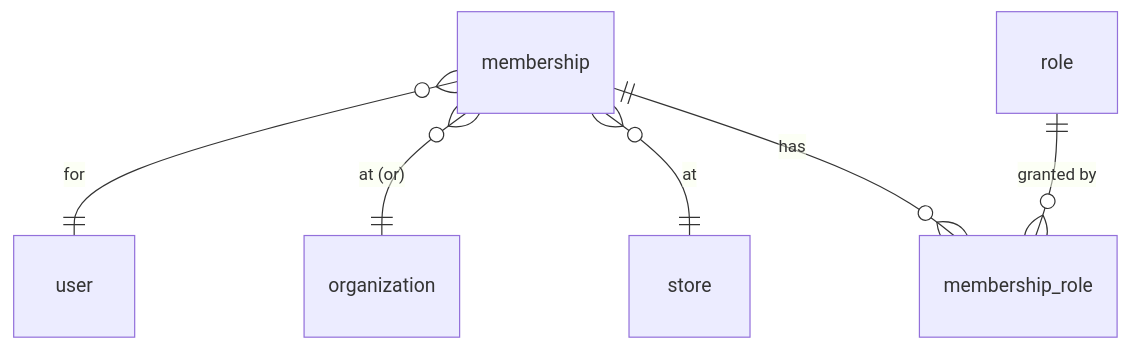
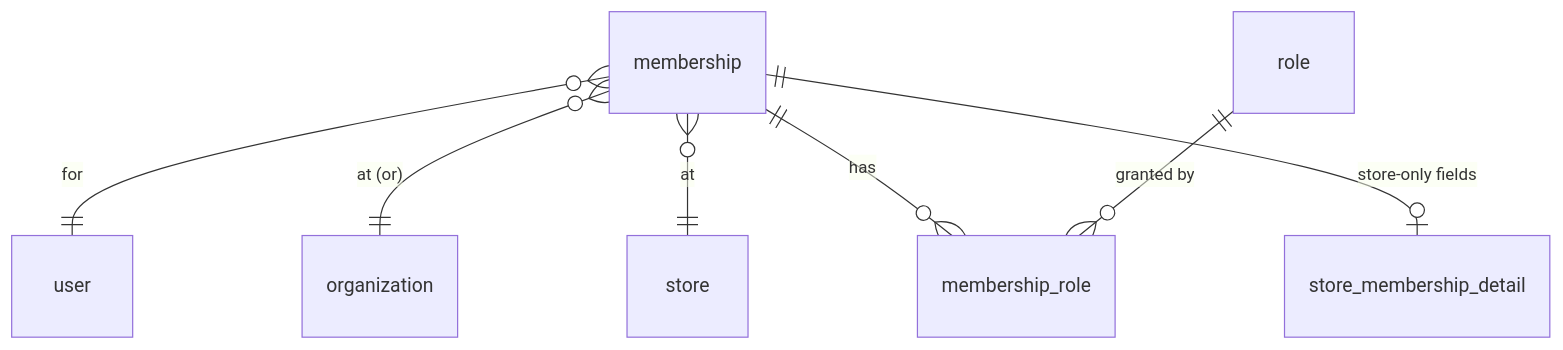
Before and after one commit to Shahrukh489/gekkosuite-api: the fourth of 7 diagrams in docs/database.md, drawn with Mermaid. The commit also changed other lines of this file and 1 other file, not shown here.

Commit message:
adding scope to permission along with membership_detail tables

````diff
--- a/docs/database.md
+++ b/docs/database.md
@@ -241,8 +257,9 @@
 ```mermaid
 erDiagram
     membership }o--|| user : "for"
     membership }o--|| organization : "at (or)"
     membership }o--|| store : "at"
     membership ||--o{ membership_role : "has"
     role       ||--o{ membership_role : "granted by"
+    membership ||--o| store_membership_detail : "store-only fields"
 ```
````
